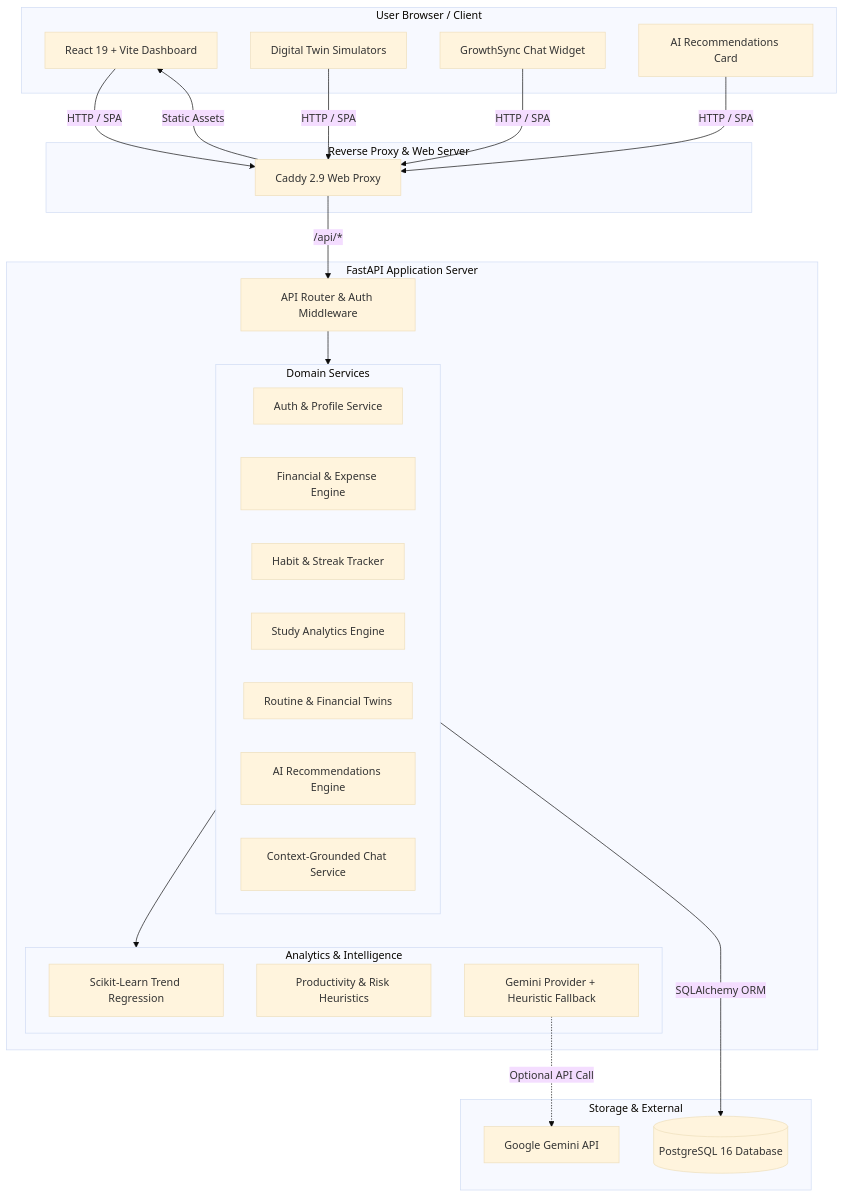
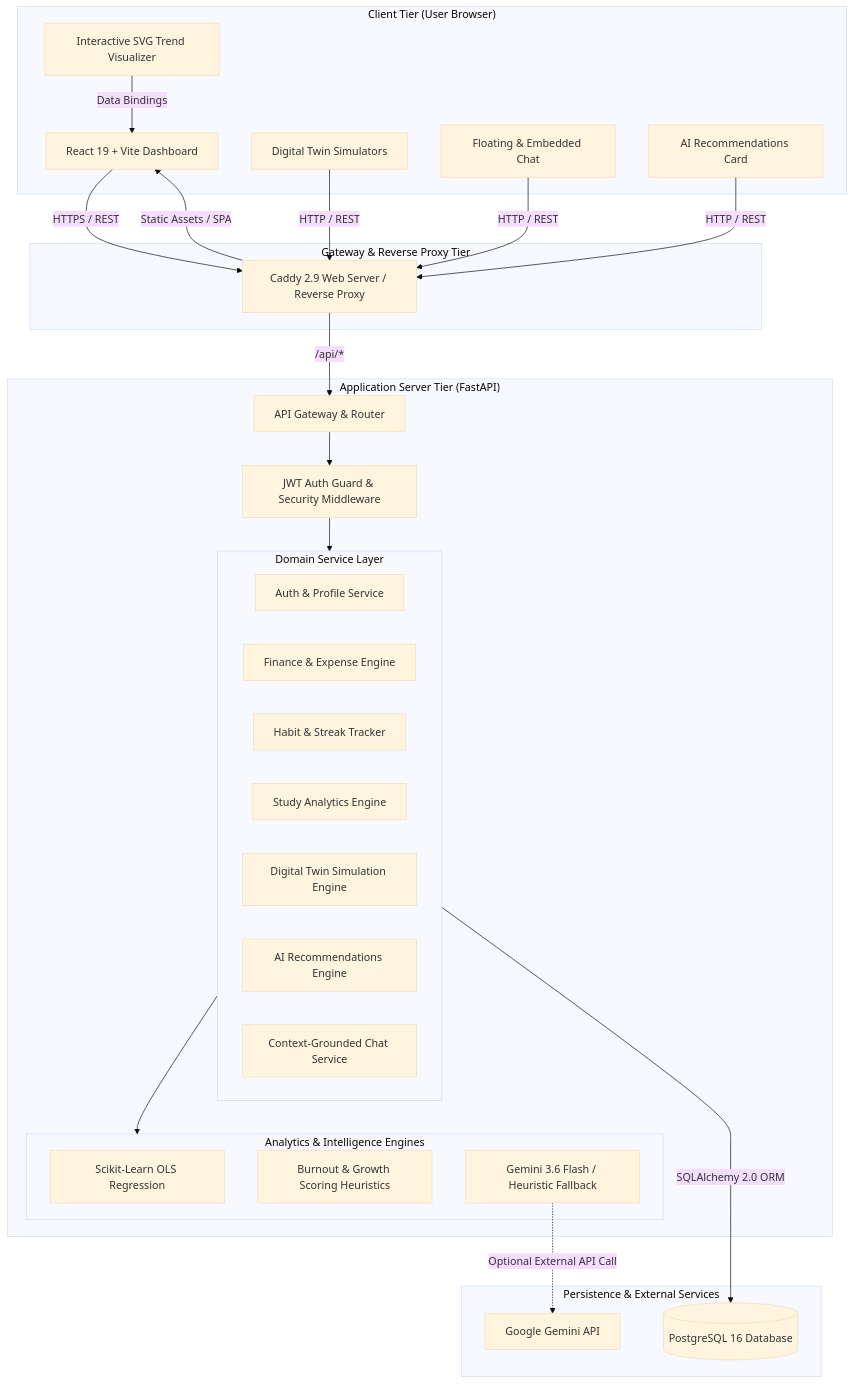
The diagram in README.md (deepbisen-06/GrowthSync), drawn with Mermaid (base theme) before and after one commit. The commit also changed other lines of this file and 3 other files, not shown here.

Commit message:
feat: add dashboard growth trend visualizer and modernize documentation

````diff
--- a/README.md
+++ b/README.md
@@ -113,51 +117,55 @@
 ```mermaid
 graph TD
-    subgraph Browser["User Browser / Client"]
+    subgraph Client["Client Tier (User Browser)"]
         UI[React 19 + Vite Dashboard]
-        Sim[Digital Twin Simulators]
-        Chat[GrowthSync Chat Widget]
-        Recom[AI Recommendations Card]
+        Graphs[Interactive SVG Trend Visualizer]
+        Twins[Digital Twin Simulators]
+        ChatWidget[Floating & Embedded Chat]
+        Insights[AI Recommendations Card]
     end
 
-    subgraph Gateway["Reverse Proxy & Web Server"]
-        Caddy[Caddy 2.9 Web Proxy]
+    subgraph Gateway["Gateway & Reverse Proxy Tier"]
+        Caddy[Caddy 2.9 Web Server / Reverse Proxy]
     end
 
-    subgraph Backend["FastAPI Application Server"]
-        Router[API Router & Auth Middleware]
+    subgraph Backend["Application Server Tier (FastAPI)"]
+        Router[API Gateway & Router]
+        AuthGuard[JWT Auth Guard & Security Middleware]
         
-        subgraph CoreServices["Domain Services"]
+        subgraph DomainServices["Domain Service Layer"]
             AuthSvc[Auth & Profile Service]
-            FinSvc[Financial & Expense Engine]
+            FinSvc[Finance & Expense Engine]
             HabitSvc[Habit & Streak Tracker]
             StudySvc[Study Analytics Engine]
-            TwinSvc[Routine & Financial Twins]
+            TwinSvc[Digital Twin Simulation Engine]
             RecSvc[AI Recommendations Engine]
             ChatSvc[Context-Grounded Chat Service]
         end
 
-        subgraph ML["Analytics & Intelligence"]
-            LinReg[Scikit-Learn Trend Regression]
-            Scoring[Productivity & Risk Heuristics]
-            LLM[Gemini Provider + Heuristic Fallback]
+        subgraph ML["Analytics & Intelligence Engines"]
+            RegModel[Scikit-Learn OLS Regression]
+            RiskEngine[Burnout & Growth Scoring Heuristics]
+            LLMProvider[Gemini 3.6 Flash / Heuristic Fallback]
         end
     end
 
-    subgraph Persistence["Storage & External"]
+    subgraph Storage["Persistence & External Services"]
         PG[(PostgreSQL 16 Database)]
-        GeminiAPI[Google Gemini API]
+        Gemini[Google Gemini API]
     end
 
-    UI -->|HTTP / SPA| Caddy
-    Sim -->|HTTP / SPA| Caddy
-    Chat -->|HTTP / SPA| Caddy
-    Recom -->|HTTP / SPA| Caddy
+    UI -->|HTTPS / REST| Caddy
+    Graphs -->|Data Bindings| UI
+    Twins -->|HTTP / REST| Caddy
+    ChatWidget -->|HTTP / REST| Caddy
+    Insights -->|HTTP / REST| Caddy
 
     Caddy -->|/api/*| Router
-    Caddy -->|Static Assets| UI
+    Caddy -->|Static Assets / SPA| UI
 
-    Router --> CoreServices
-    CoreServices --> ML
-    CoreServices -->|SQLAlchemy ORM| PG
-    LLM -.->|Optional API Call| GeminiAPI
+    Router --> AuthGuard
+    AuthGuard --> DomainServices
+    DomainServices --> ML
+    DomainServices -->|SQLAlchemy 2.0 ORM| PG
+    LLMProvider -.->|Optional External API Call| Gemini
 ```
````
